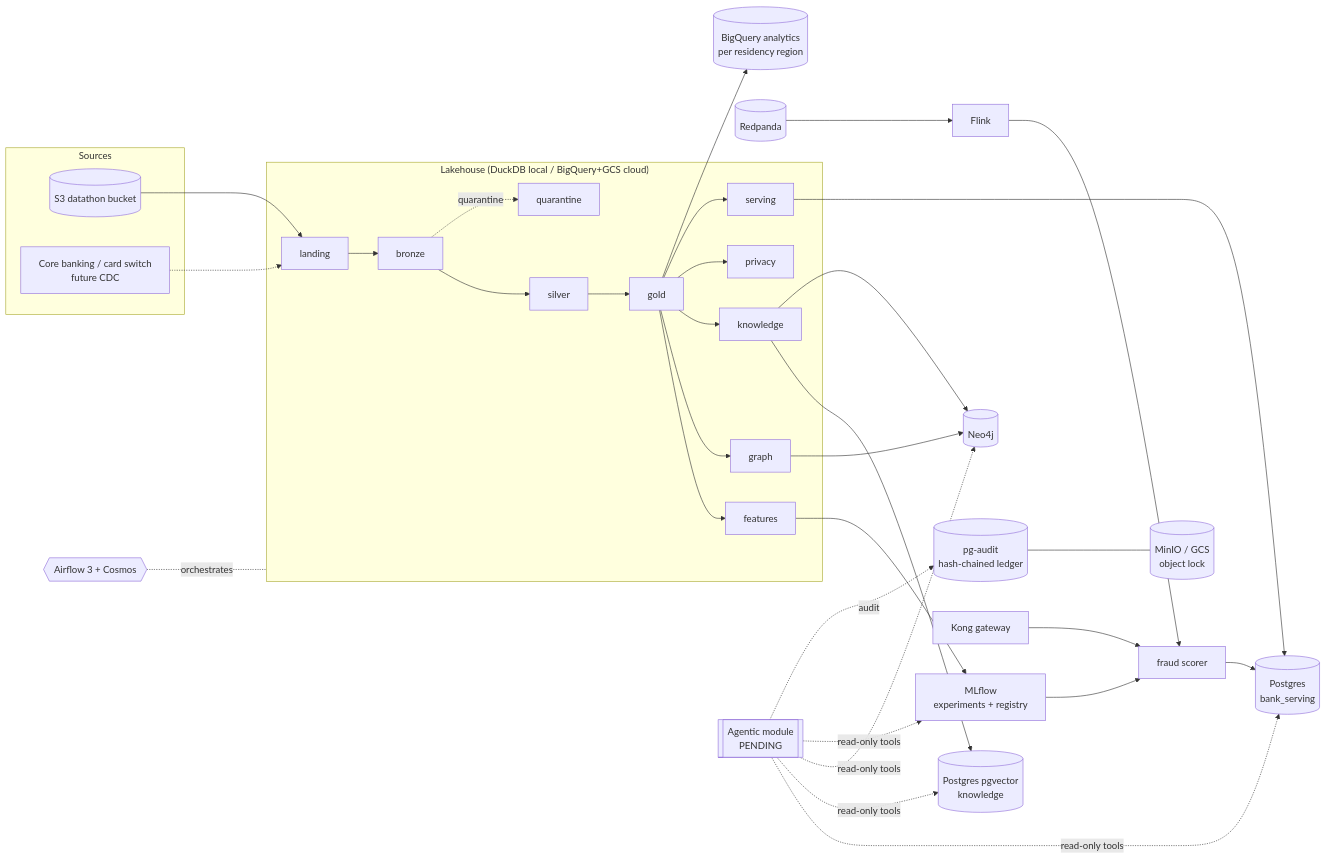
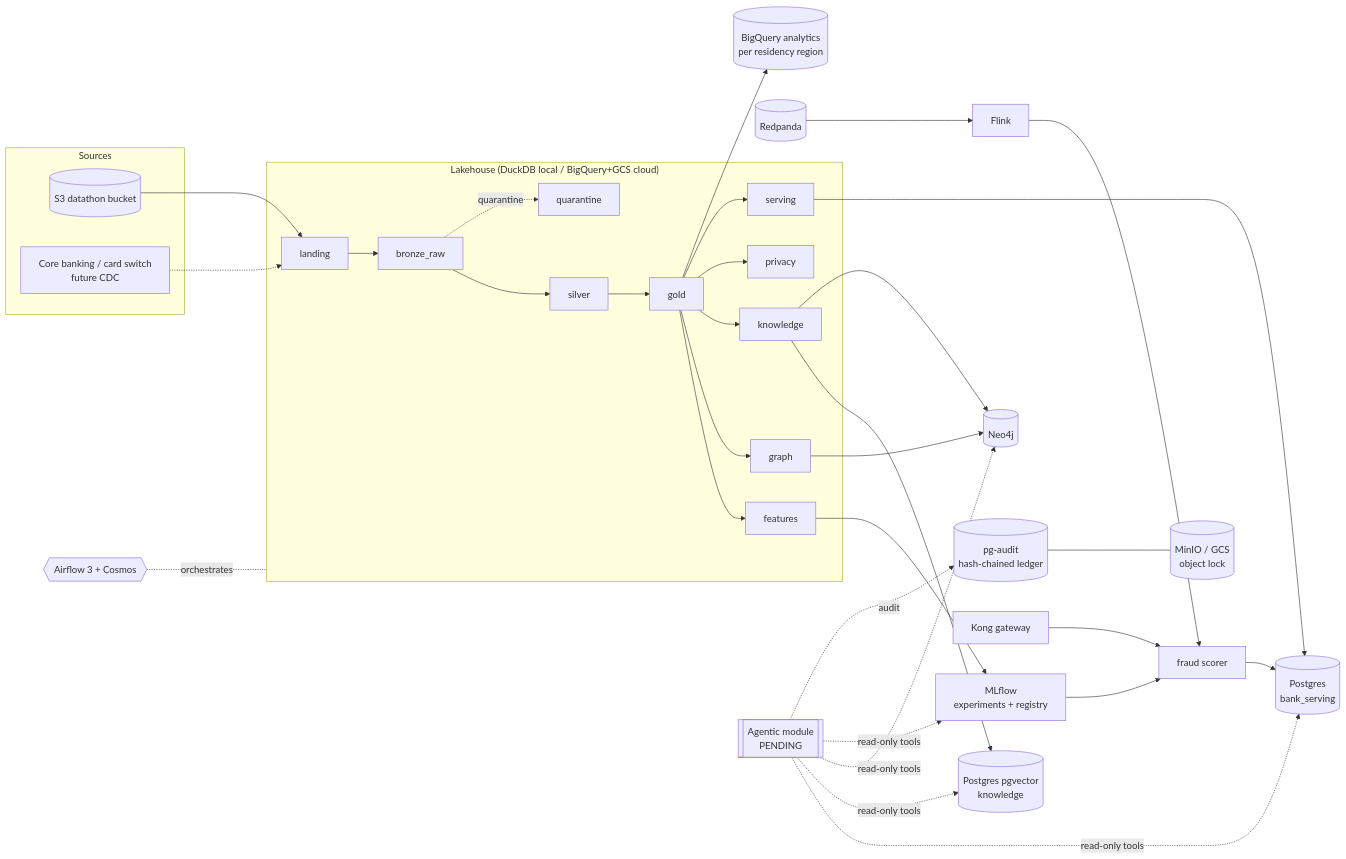
One commit to LEONOB2014/factored-hackathon-2026-Andres_Becerra changed the first of 3 diagrams in docs/platform/01_architecture.md. Above: the diagram before and after it, drawn with Mermaid. The commit also changed other lines of this file and 4 other files, not shown here.

````diff
--- a/docs/platform/01_architecture.md
+++ b/docs/platform/01_architecture.md
@@ -31,26 +31,26 @@
 ```mermaid
 flowchart LR
   subgraph Sources
     S3[(S3 datathon bucket)]
     CORE[Core banking / card switch<br/>future CDC]
   end
   subgraph Lake["Lakehouse (DuckDB local / BigQuery+GCS cloud)"]
-    L[landing] --> B[bronze] --> SV[silver] --> G[gold]
+    L[landing] --> B[bronze_raw] --> SV[silver] --> G[gold]
     G --> F[features] & GR[graph] & K[knowledge] & P[privacy] & SE[serving]
     B -.quarantine.-> Q[quarantine]
   end
   S3 --> L
   CORE -.-> L
   AF{{Airflow 3 + Cosmos}} -. orchestrates .- Lake
   SE --> PG[(Postgres<br/>bank_serving)]
   K --> PGV[(Postgres pgvector<br/>knowledge)] & NEO[(Neo4j)]
   GR --> NEO
   F --> ML[MLflow<br/>experiments + registry]
   ML --> SC[fraud scorer]
   RP[(Redpanda)] --> FL[Flink] --> SC --> PG
   KONG[Kong gateway] --> SC
   G --> BQ[(BigQuery analytics<br/>per residency region)]
   AUD[(pg-audit<br/>hash-chained ledger)] --- WORM[(MinIO / GCS<br/>object lock)]
   AGENT[[Agentic module<br/>PENDING]] -. read-only tools .-> PG & PGV & NEO & ML
   AGENT -. audit .-> AUD
 ```
````
